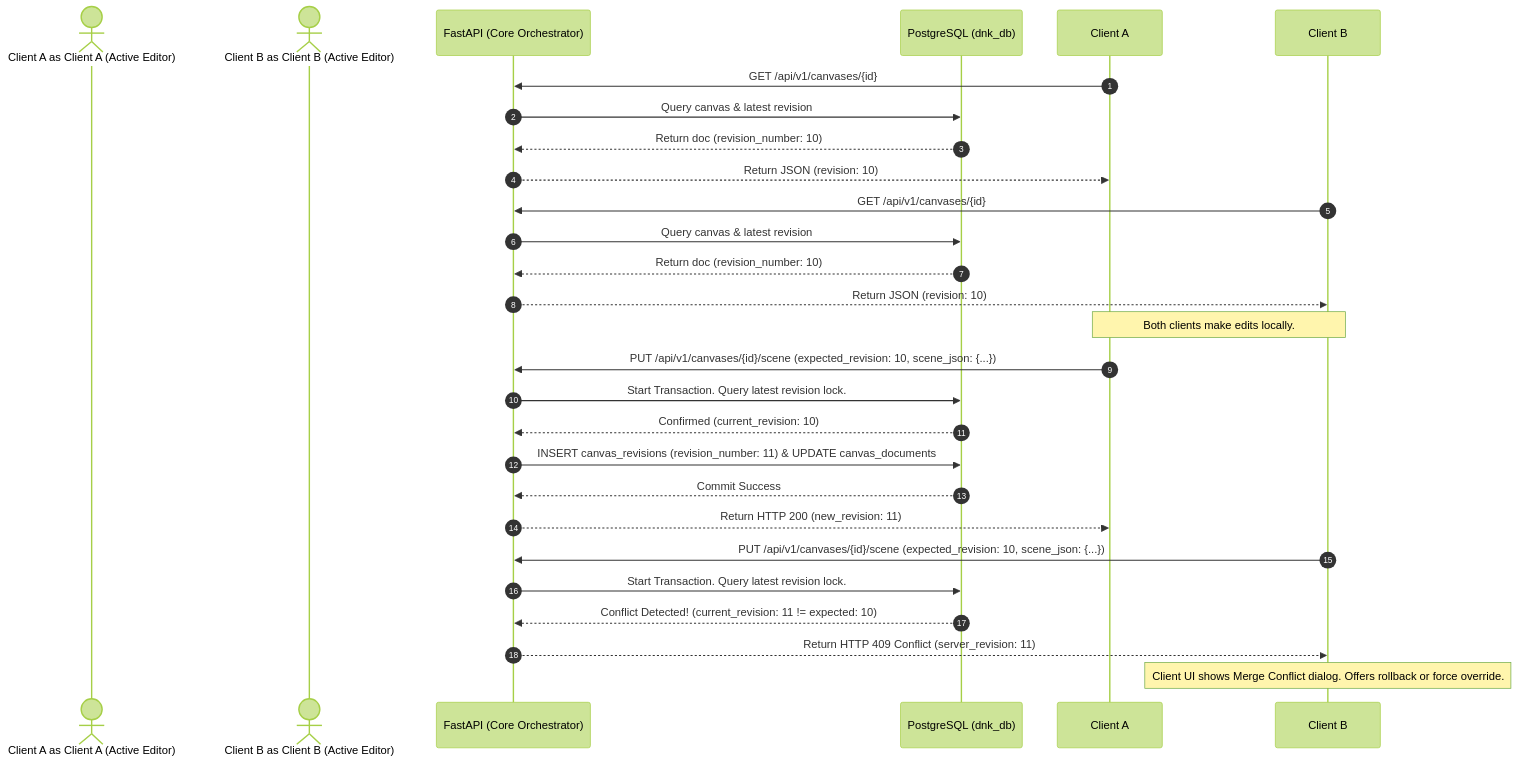
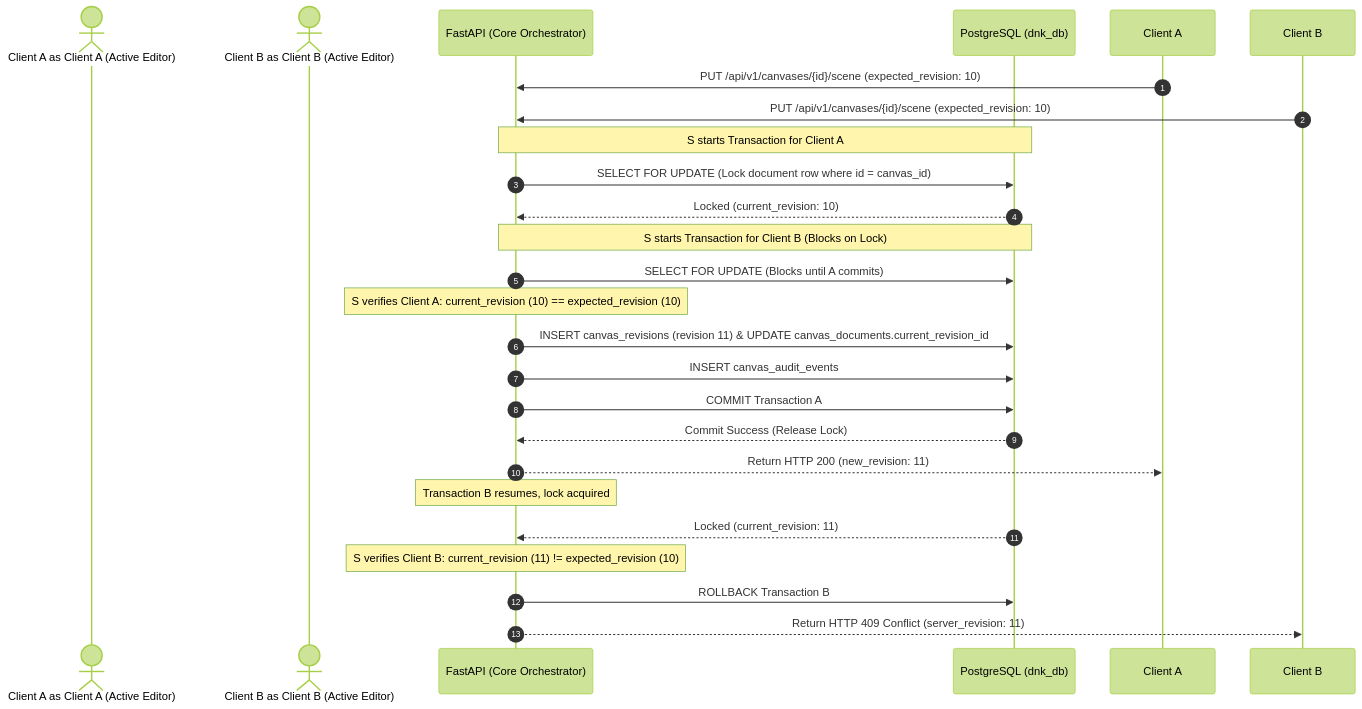
One commit to Kuzmenko-top/dnk-os-mvp-assimilation changed the second of 2 diagrams in docs/specs/DNK_CANVAS_ARCHITECTURE.md. Above: the diagram before and after it, drawn with Mermaid (forest theme). The commit also changed other lines of this file and 8 other files, not shown here.

````diff
--- a/docs/specs/DNK_CANVAS_ARCHITECTURE.md
+++ b/docs/specs/DNK_CANVAS_ARCHITECTURE.md
@@ -87,33 +81,31 @@
 ```mermaid
 sequenceDiagram
     autonumber
     actor Client A as Client A (Active Editor)
     actor Client B as Client B (Active Editor)
     participant S as FastAPI (Core Orchestrator)
     participant DB as PostgreSQL (dnk_db)
 
-    Client A->>S: GET /api/v1/canvases/{id}
-    S->>DB: Query canvas & latest revision
-    DB-->>S: Return doc (revision_number: 10)
-    S-->>Client A: Return JSON (revision: 10)
+    Client A->>S: PUT /api/v1/canvases/{id}/scene (expected_revision: 10)
+    Client B->>S: PUT /api/v1/canvases/{id}/scene (expected_revision: 10)
+    
+    Note over S, DB: S starts Transaction for Client A
+    S->>DB: SELECT FOR UPDATE (Lock document row where id = canvas_id)
+    DB-->>S: Locked (current_revision: 10)
+    
+    Note over S, DB: S starts Transaction for Client B (Blocks on Lock)
+    S->>DB: SELECT FOR UPDATE (Blocks until A commits)
 
-    Client B->>S: GET /api/v1/canvases/{id}
-    S->>DB: Query canvas & latest revision
-    DB-->>S: Return doc (revision_number: 10)
-    S-->>Client B: Return JSON (revision: 10)
-
-    Note over Client A, Client B: Both clients make edits locally.
-
-    Client A->>S: PUT /api/v1/canvases/{id}/scene (expected_revision: 10, scene_json: {...})
-    S->>DB: Start Transaction. Query latest revision lock.
-    DB-->>S: Confirmed (current_revision: 10)
-    S->>DB: INSERT canvas_revisions (revision_number: 11) & UPDATE canvas_documents
-    DB-->>S: Commit Success
+    Note over S: S verifies Client A: current_revision (10) == expected_revision (10)
+    S->>DB: INSERT canvas_revisions (revision 11) & UPDATE canvas_documents.current_revision_id
+    S->>DB: INSERT canvas_audit_events
+    S->>DB: COMMIT Transaction A
+    DB-->>S: Commit Success (Release Lock)
     S-->>Client A: Return HTTP 200 (new_revision: 11)
 
-    Client B->>S: PUT /api/v1/canvases/{id}/scene (expected_revision: 10, scene_json: {...})
-    S->>DB: Start Transaction. Query latest revision lock.
-    DB-->>S: Conflict Detected! (current_revision: 11 != expected: 10)
+    Note over S: Transaction B resumes, lock acquired
+    DB-->>S: Locked (current_revision: 11)
+    Note over S: S verifies Client B: current_revision (11) != expected_revision (10)
+    S->>DB: ROLLBACK Transaction B
     S-->>Client B: Return HTTP 409 Conflict (server_revision: 11)
-    Note over Client B: Client UI shows Merge Conflict dialog. Offers rollback or force override.
 ```
````
